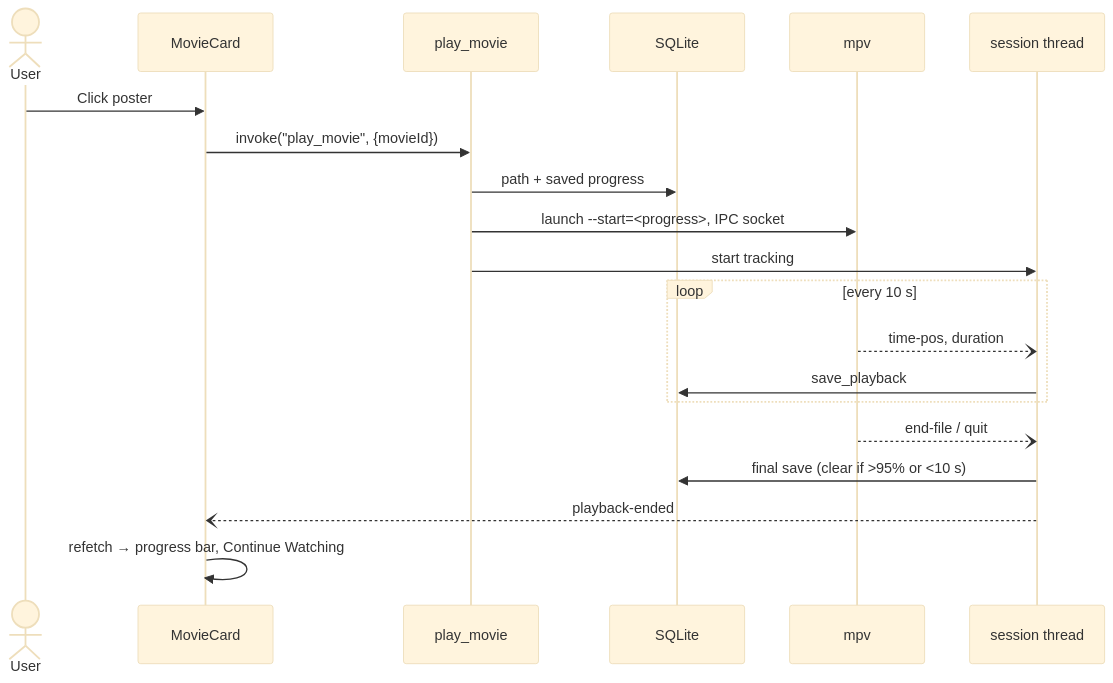
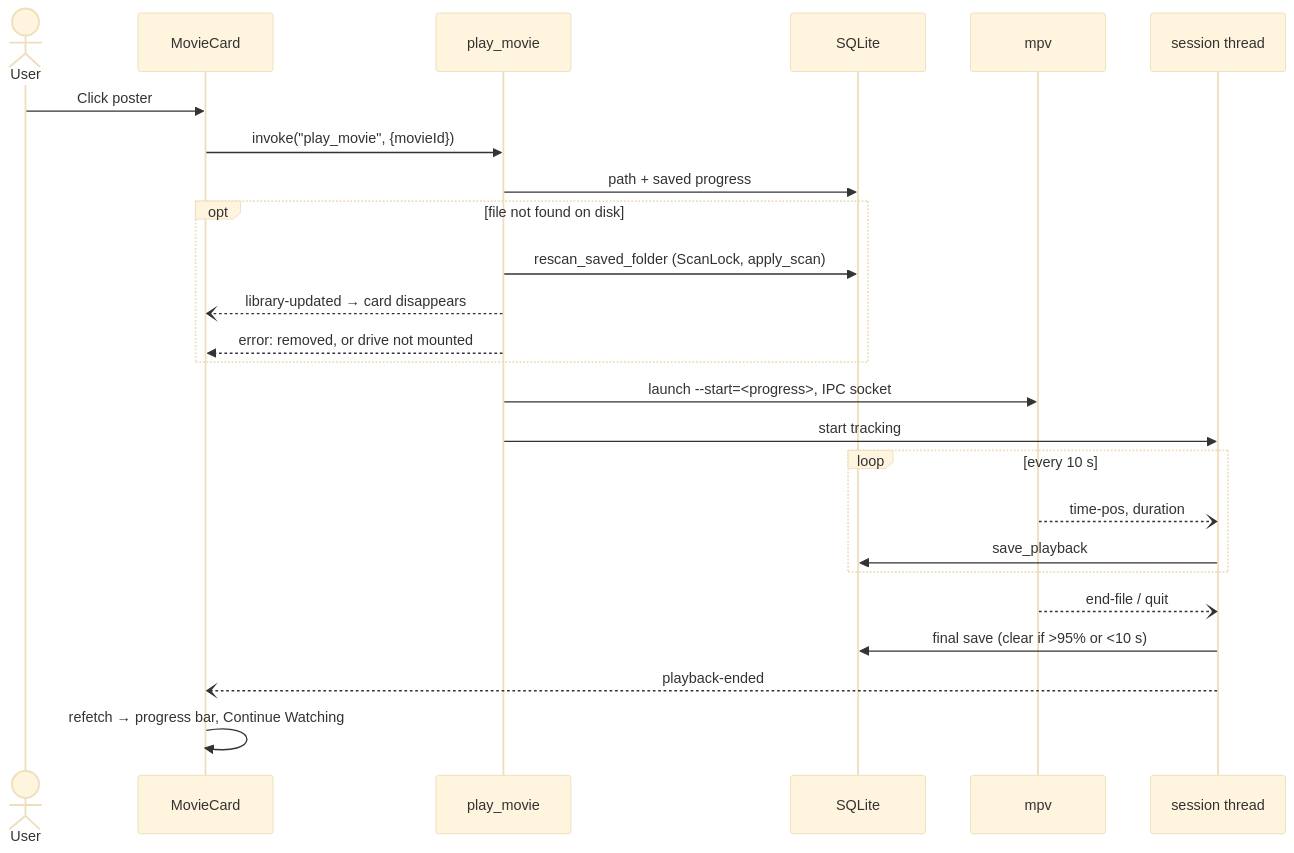
Before and after one commit to jintu-das/blockbuster: the third of 3 diagrams in docs/architecture.md, drawn with Mermaid (base theme). The commit also changed other lines of this file and 10 other files, not shown here.

Commit message:
feat: implement library folder rescanning on app startup and enhance scan handling

````diff
--- a/docs/architecture.md
+++ b/docs/architecture.md
@@ -95,23 +95,28 @@
 ```mermaid
 sequenceDiagram
   actor U as User
   participant UI as MovieCard
   participant P as play_movie
   participant DB as SQLite
   participant M as mpv
   participant S as session thread
 
   U->>UI: Click poster
   UI->>P: invoke("play_movie", {movieId})
   P->>DB: path + saved progress
+  opt file not found on disk
+    P->>DB: rescan_saved_folder (ScanLock, apply_scan)
+    P--)UI: library-updated → card disappears
+    P-->>UI: error: removed, or drive not mounted
+  end
   P->>M: launch --start=#lt;progress#gt;, IPC socket
   P->>S: start tracking
   loop every 10 s
     M--)S: time-pos, duration
     S->>DB: save_playback
   end
   M--)S: end-file / quit
   S->>DB: final save (clear if >95% or <10 s)
   S--)UI: playback-ended
   UI->>UI: refetch → progress bar, Continue Watching
 ```
````
